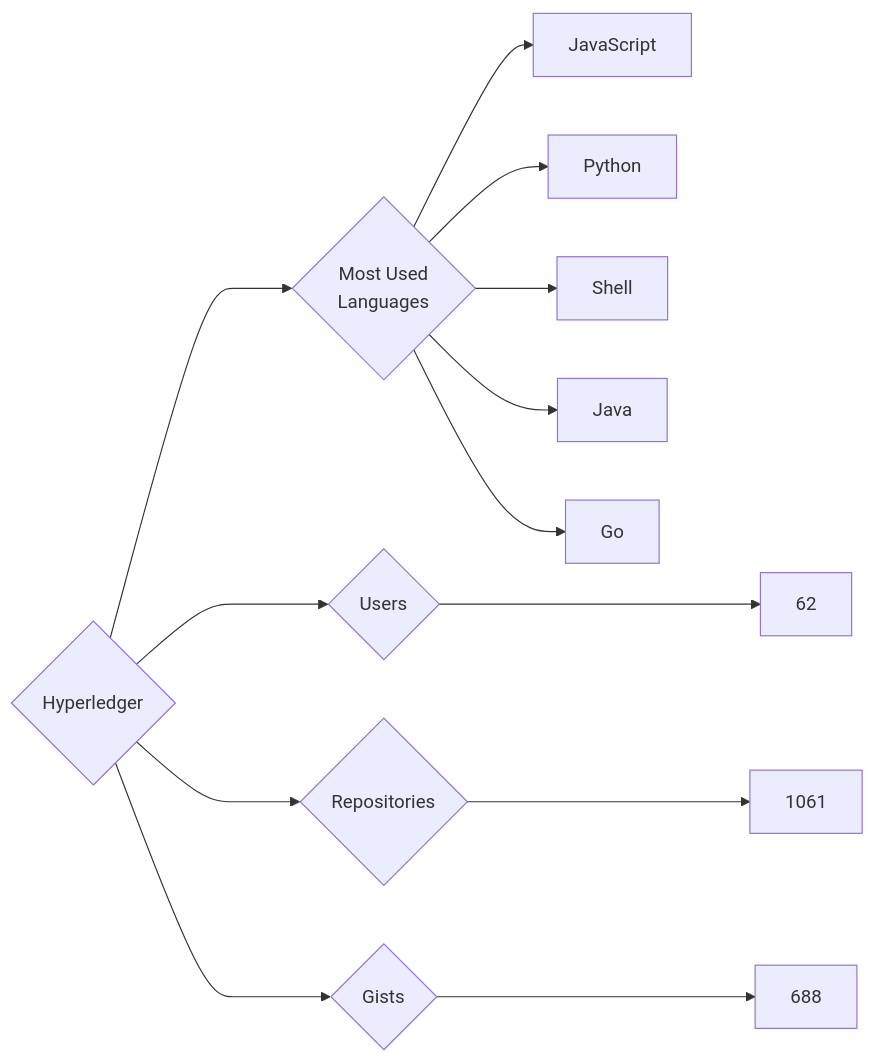
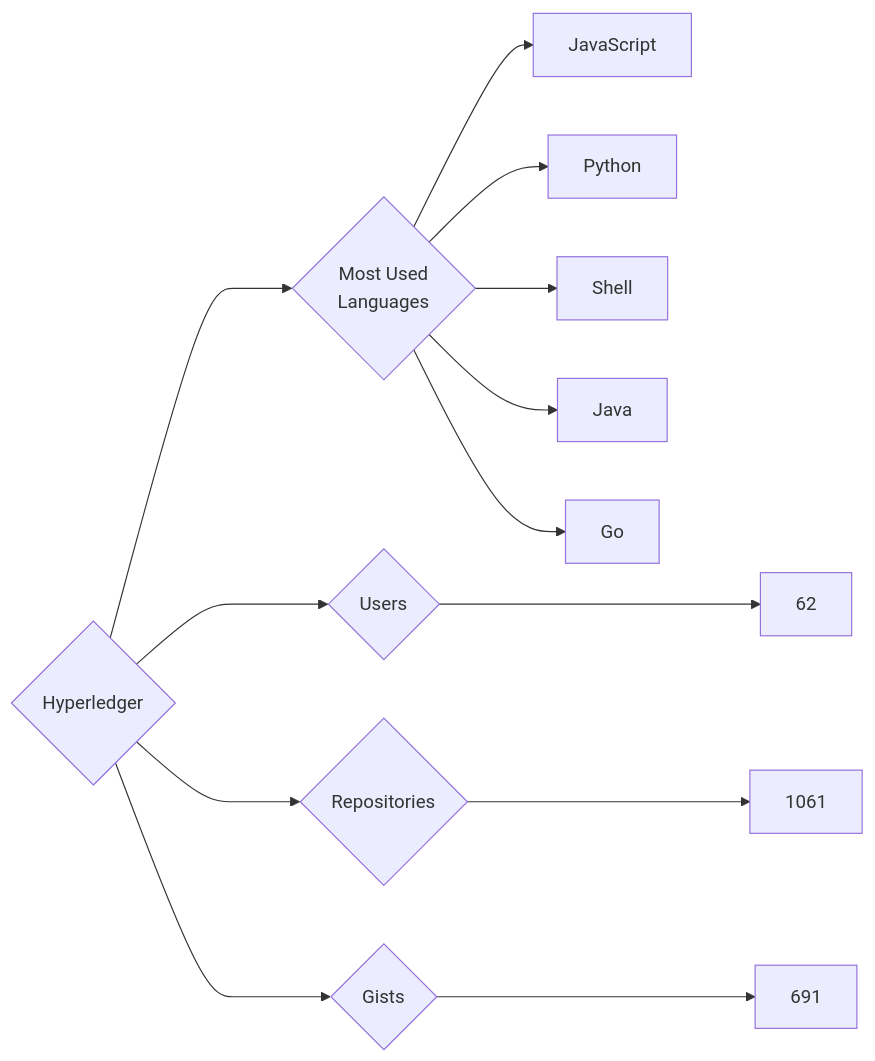
One commit to trickest/insiders changed the diagram in targets/Hyperledger/README.md. Above: the diagram before and after it, drawn with Mermaid. The commit also changed 676 other files, not shown here.

````diff
--- a/targets/Hyperledger/README.md
+++ b/targets/Hyperledger/README.md
@@ -3,13 +3,13 @@
 ```mermaid
 graph LR
 COMPANY_NAME{Hyperledger}
 COMPANY_NAME ---> U{Users} ---> UN[62]
 COMPANY_NAME ---> R{Repositories} ---> RN[1061]
-COMPANY_NAME ---> G{Gists} ---> GN[688]
+COMPANY_NAME ---> G{Gists} ---> GN[691]
 COMPANY_NAME ---> ML{Most Used<br>Languages}
 ML --> JavaScript[JavaScript]
 ML --> Python[Python]
 ML --> Shell[Shell]
 ML --> Java[Java]
 ML --> Go[Go]
 ```
````
